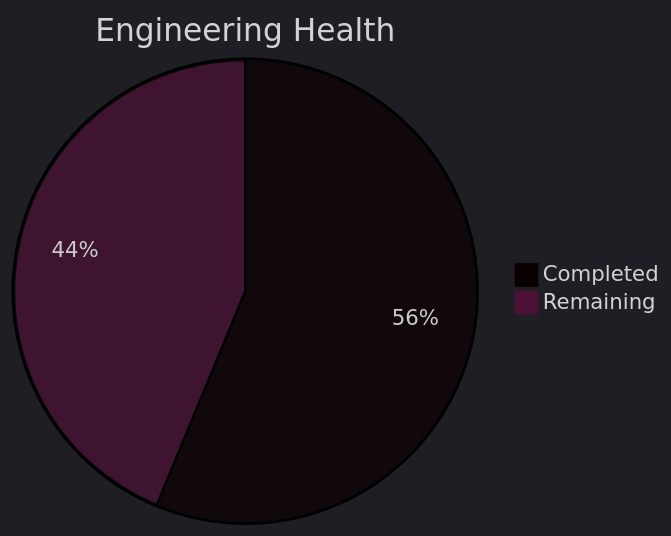
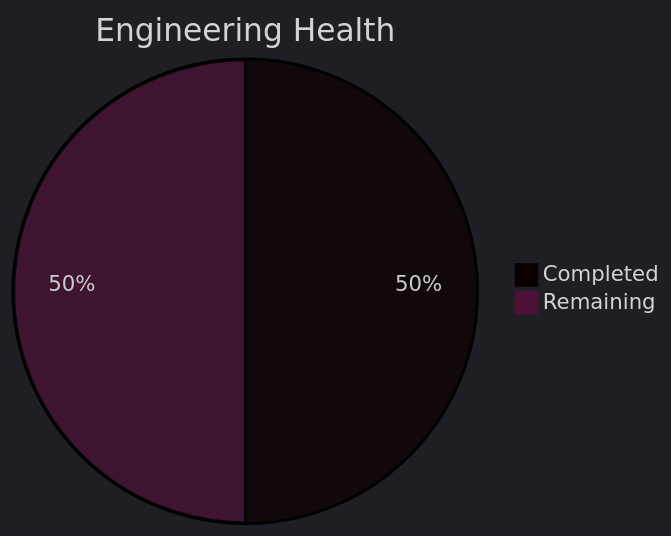
Before and after one commit to Neogleamz/SK8Lytz: the third of 5 diagrams in tools/SK8Lytz_Bucket_List.md, drawn with Mermaid. The commit also changed other lines of this file and 1 other file, not shown here.

````diff
--- a/tools/SK8Lytz_Bucket_List.md
+++ b/tools/SK8Lytz_Bucket_List.md
@@ -39,6 +39,6 @@
 ```mermaid
 %%{init: {'theme': 'dark'}}%%
 pie title Engineering Health
-  "Completed" : 9
-  "Remaining" : 7
+  "Completed" : 10
+  "Remaining" : 10
 ```
````
